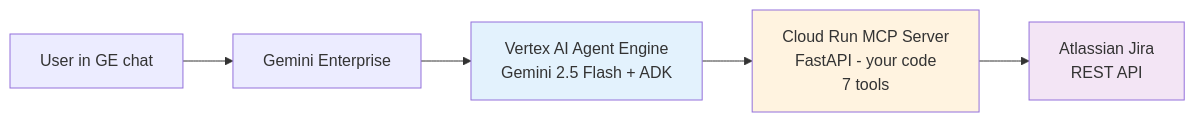
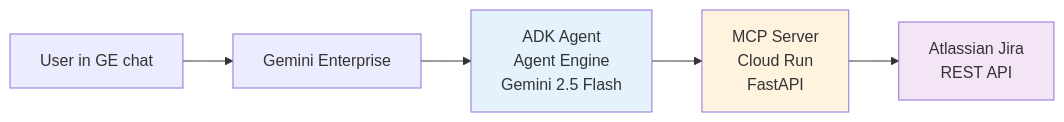
The diagram in semiautonomous-agents/atlassian-jira-integration/README.md (jchavezar/vertex-ai-samples), drawn with Mermaid before and after one commit. The commit also changed other lines of this file and 3 other files, not shown here.

````diff
--- a/semiautonomous-agents/atlassian-jira-integration/README.md
+++ b/semiautonomous-agents/atlassian-jira-integration/README.md
@@ -23,11 +40,11 @@
 ```mermaid
 graph LR
     User[User in GE chat] --> GE[Gemini Enterprise]
-    GE --> AE[Vertex AI Agent Engine<br/>Gemini 2.5 Flash + ADK]
-    AE --> MCP[Cloud Run MCP Server<br/>FastAPI - your code<br/>7 tools]
+    GE --> Agent[ADK Agent<br/>Agent Engine<br/>Gemini 2.5 Flash]
+    Agent --> MCP[MCP Server<br/>Cloud Run<br/>FastAPI]
     MCP --> Jira[Atlassian Jira<br/>REST API]
     
-    style AE fill:#e3f2fd
+    style Agent fill:#e3f2fd
     style MCP fill:#fff3e0
     style Jira fill:#f3e5f5
 ```
````
